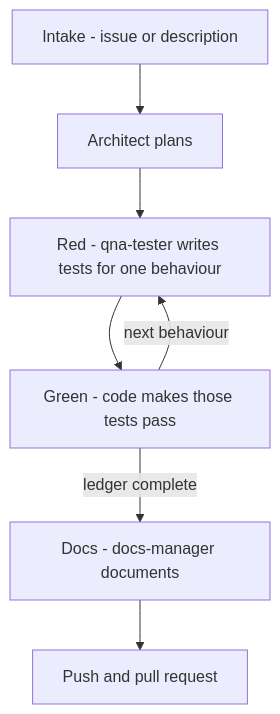
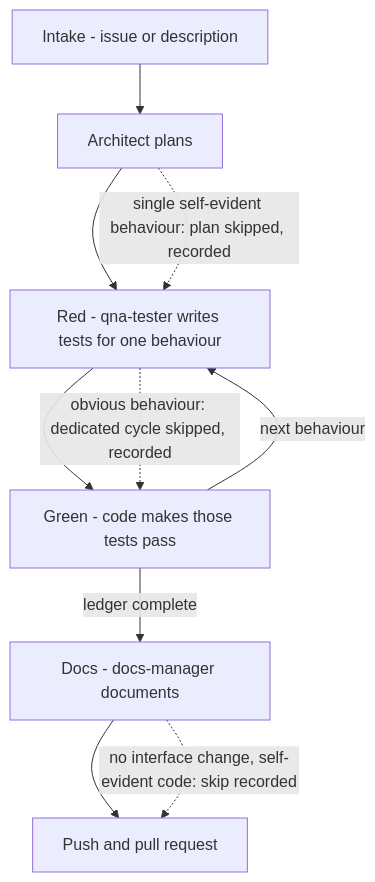
The diagram in doc/how-the-agents-work.md (iar3-r8/Anvil), drawn with Mermaid before and after one commit. The commit also changed other lines of this file and 3 other files, not shown here.

Commit message:
TDD manager: skip docs, planning and dedicated tests for trivial changes (#27)

````diff
--- a/doc/how-the-agents-work.md
+++ b/doc/how-the-agents-work.md
@@ -11,9 +11,12 @@
 ```mermaid
 flowchart TD
     A[Intake - issue or description] --> B[Architect plans]
     B --> C[Red - qna-tester writes tests for one behaviour]
     C --> D[Green - code makes those tests pass]
     D -->|next behaviour| C
     D -->|ledger complete| E[Docs - docs-manager documents]
     E --> F[Push and pull request]
+    B -.->|single self-evident behaviour: plan skipped, recorded| C
+    C -.->|obvious behaviour: dedicated cycle skipped, recorded| D
+    E -.->|no interface change, self-evident code: skip recorded| F
 ```
````
